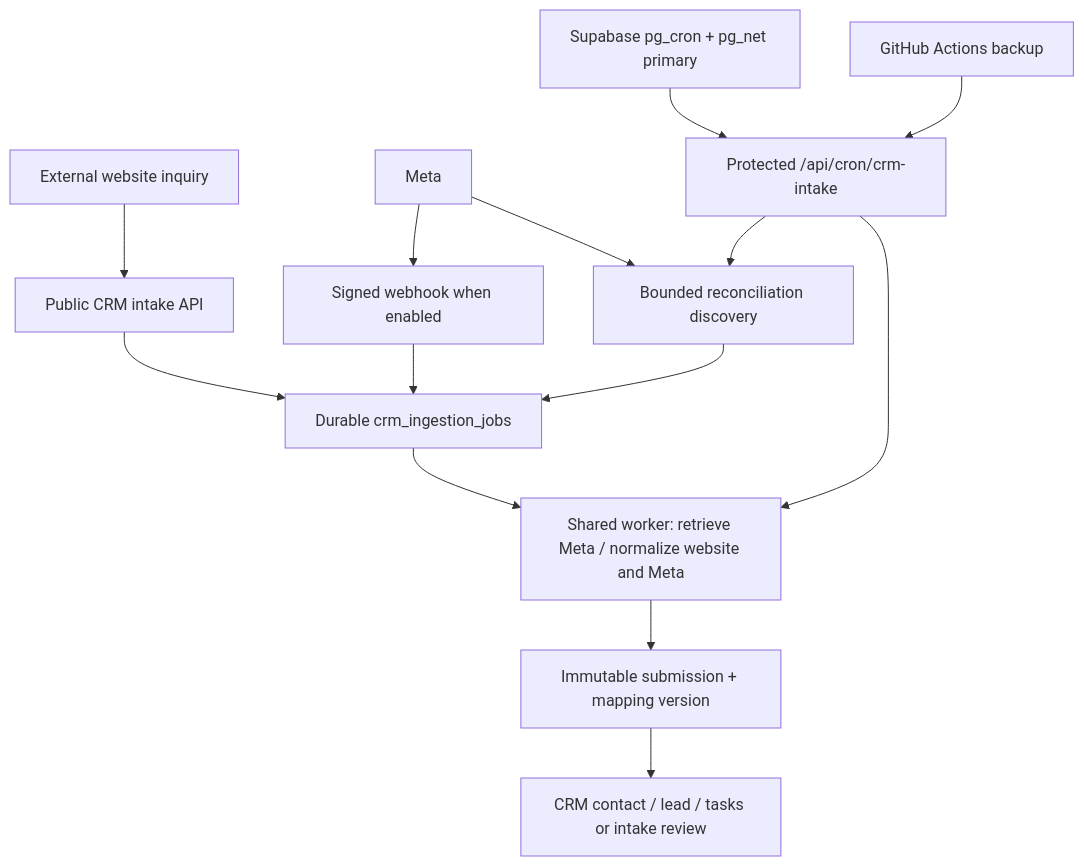
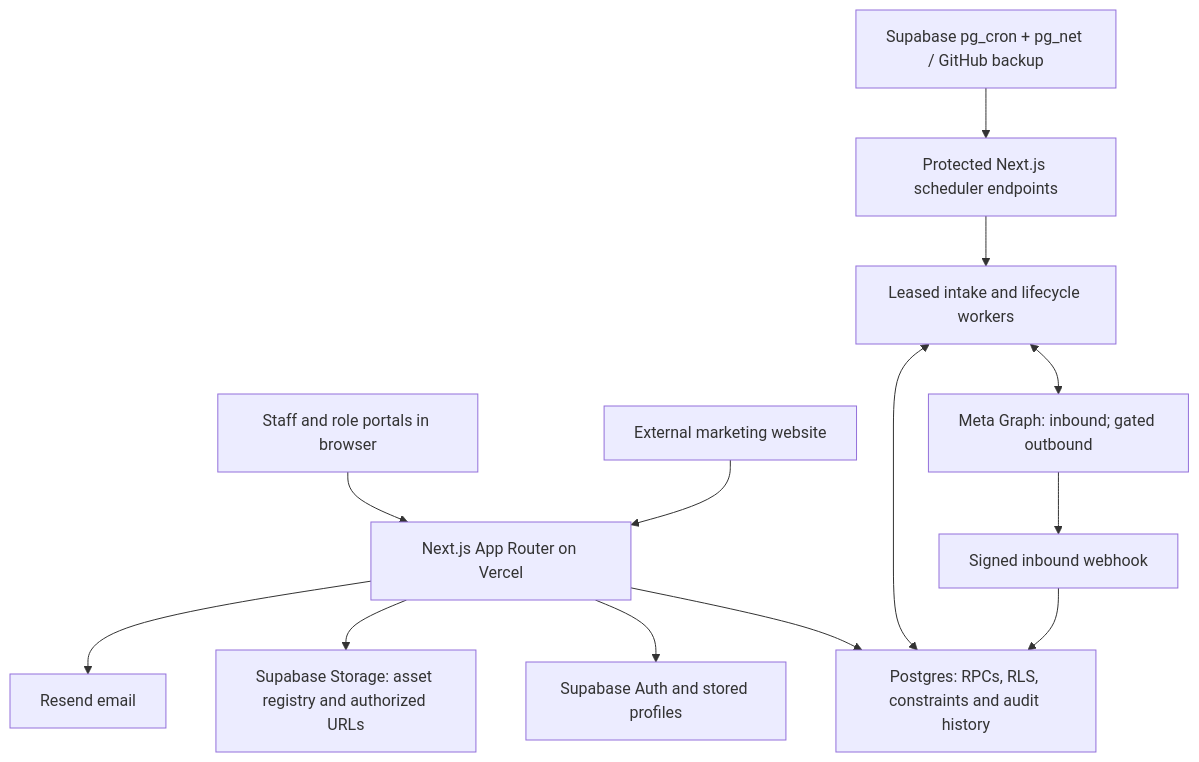
The diagram in docs/ai/ARCHITECTURE.md (elforssa/english-hills-admin), drawn with Mermaid before and after one commit. The commit also changed other lines of this file and 65 other files, not shown here.

Commit message:
docs: simplify architecture authority and archive superseded plans

````diff
--- a/docs/ai/ARCHITECTURE.md
+++ b/docs/ai/ARCHITECTURE.md
@@ -62,16 +25,15 @@
 ```mermaid
 flowchart TD
-  W[External website inquiry] --> P[Public CRM intake API]
-  P --> Q[Durable crm_ingestion_jobs]
-  M[Meta] --> H[Signed webhook when enabled]
-  M --> R[Bounded reconciliation discovery]
-  H --> Q
-  R --> Q
-  Q --> N[Shared worker: retrieve Meta / normalize website and Meta]
-  N --> S[Immutable submission + mapping version]
-  S --> C[CRM contact / lead / tasks or intake review]
-  PG[Supabase pg_cron + pg_net primary] --> E[Protected /api/cron/crm-intake]
-  GH[GitHub Actions backup] --> E
-  E --> R
-  E --> N
+  U[Staff and role portals in browser] --> N[Next.js App Router on Vercel]
+  W[External marketing website] --> N
+  N --> A[Supabase Auth and stored profiles]
+  N --> D[Postgres: RPCs, RLS, constraints and audit history]
+  N --> S[Supabase Storage: asset registry and authorized URLs]
+  C[Supabase pg_cron + pg_net / GitHub backup] --> J[Protected Next.js scheduler endpoints]
+  J --> Q[Leased intake and lifecycle workers]
+  Q <--> D
+  Q <--> M[Meta Graph: inbound; gated outbound]
+  N --> E[Resend email]
+  M --> H[Signed inbound webhook]
+  H --> D
 ```
````
